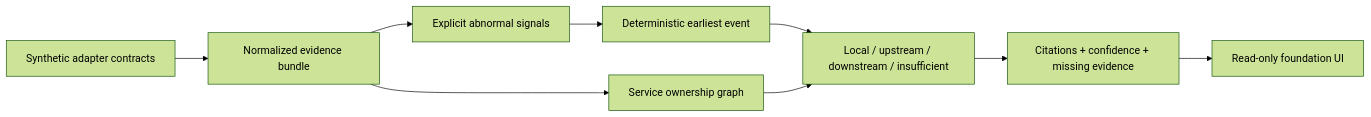
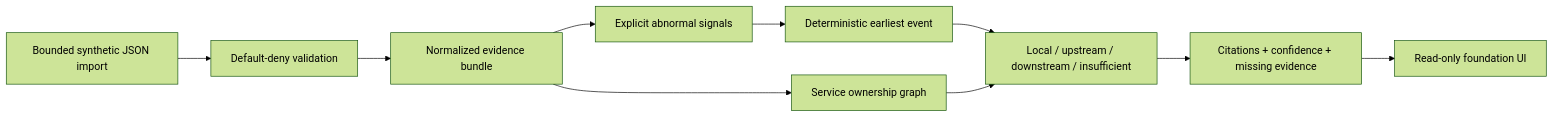
The diagram in incidentlens/docs/architecture.md (ASKR04/JavaScript), drawn with Mermaid (forest theme) before and after one commit. The commit also changed other lines of this file and 5 other files, not shown here.

Commit message:
Add bounded synthetic evidence import

````diff
--- a/incidentlens/docs/architecture.md
+++ b/incidentlens/docs/architecture.md
@@ -7,11 +7,12 @@
 ```mermaid
 flowchart LR
-  A[Synthetic adapter contracts] --> B[Normalized evidence bundle]
+  A[Bounded synthetic JSON import] --> V[Default-deny validation]
+  V --> B[Normalized evidence bundle]
   B --> C[Explicit abnormal signals]
   C --> D[Deterministic earliest event]
   B --> E[Service ownership graph]
   D --> F[Local / upstream / downstream / insufficient]
   E --> F
   F --> G[Citations + confidence + missing evidence]
   G --> H[Read-only foundation UI]
 ```
````
